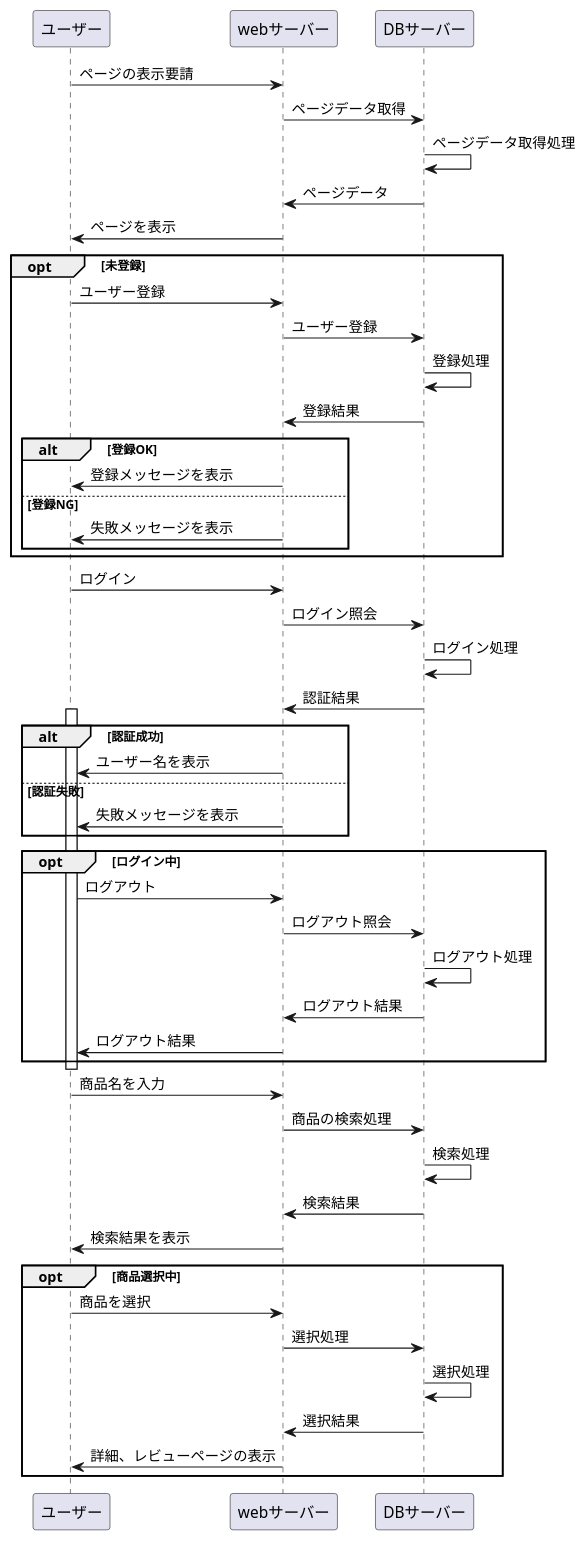
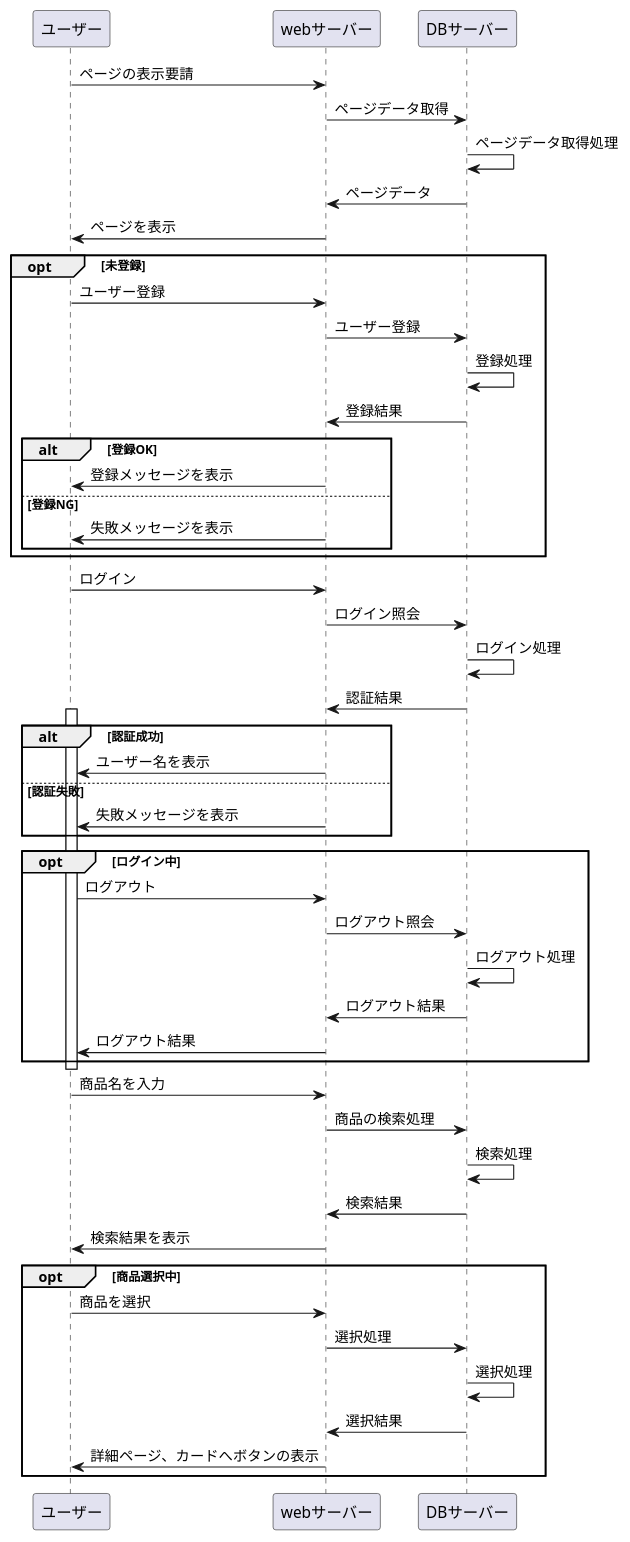
One commit to Aso2001019/2021sys-design changed the diagram in kadai8.md. Above: the diagram before and after it, drawn with PlantUML.

````diff
--- a/kadai8.md
+++ b/kadai8.md
@@ -1,70 +1,70 @@
 ```uml
 @startuml
 ユーザー -> webサーバー : ページの表示要請
 webサーバー -> DBサーバー : ページデータ取得
 DBサーバー -> DBサーバー : ページデータ取得処理
 DBサーバー -> webサーバー : ページデータ
 webサーバー -> ユーザー : ページを表示
 
 opt 未登録
 
 ユーザー -> webサーバー : ユーザー登録
 webサーバー -> DBサーバー : ユーザー登録
 DBサーバー -> DBサーバー : 登録処理
 DBサーバー -> webサーバー : 登録結果
 
 alt 登録OK
 webサーバー -> ユーザー : 登録メッセージを表示
 
 else 登録NG
 webサーバー -> ユーザー : 失敗メッセージを表示
 
 end
 
 end
 
 ユーザー -> webサーバー : ログイン
 webサーバー -> DBサーバー : ログイン照会
 DBサーバー -> DBサーバー : ログイン処理
 DBサーバー -> webサーバー : 認証結果
 
 activate ユーザー
 
 alt 認証成功
 webサーバー -> ユーザー : ユーザー名を表示
 
 else 認証失敗
 webサーバー -> ユーザー : 失敗メッセージを表示
 
 end
 
 opt ログイン中
 
 ユーザー -> webサーバー : ログアウト
 webサーバー -> DBサーバー : ログアウト照会
 DBサーバー -> DBサーバー : ログアウト処理
 DBサーバー -> webサーバー : ログアウト結果
 webサーバー -> ユーザー : ログアウト結果
 
 end
 
 deactivate ユーザー
 
 ユーザー -> webサーバー : 商品名を入力
 webサーバー -> DBサーバー : 商品の検索処理
 DBサーバー -> DBサーバー : 検索処理
 DBサーバー -> webサーバー : 検索結果
 webサーバー -> ユーザー : 検索結果を表示
 
 opt 商品選択中
 
 ユーザー -> webサーバー : 商品を選択
 webサーバー -> DBサーバー : 選択処理
 DBサーバー -> DBサーバー : 選択処理
 DBサーバー -> webサーバー : 選択結果
-webサーバー -> ユーザー : 詳細、レビューページの表示
+webサーバー -> ユーザー : 詳細ページ、カードへボタンの表示
 
 end
 
 @enduml
 ```
````
